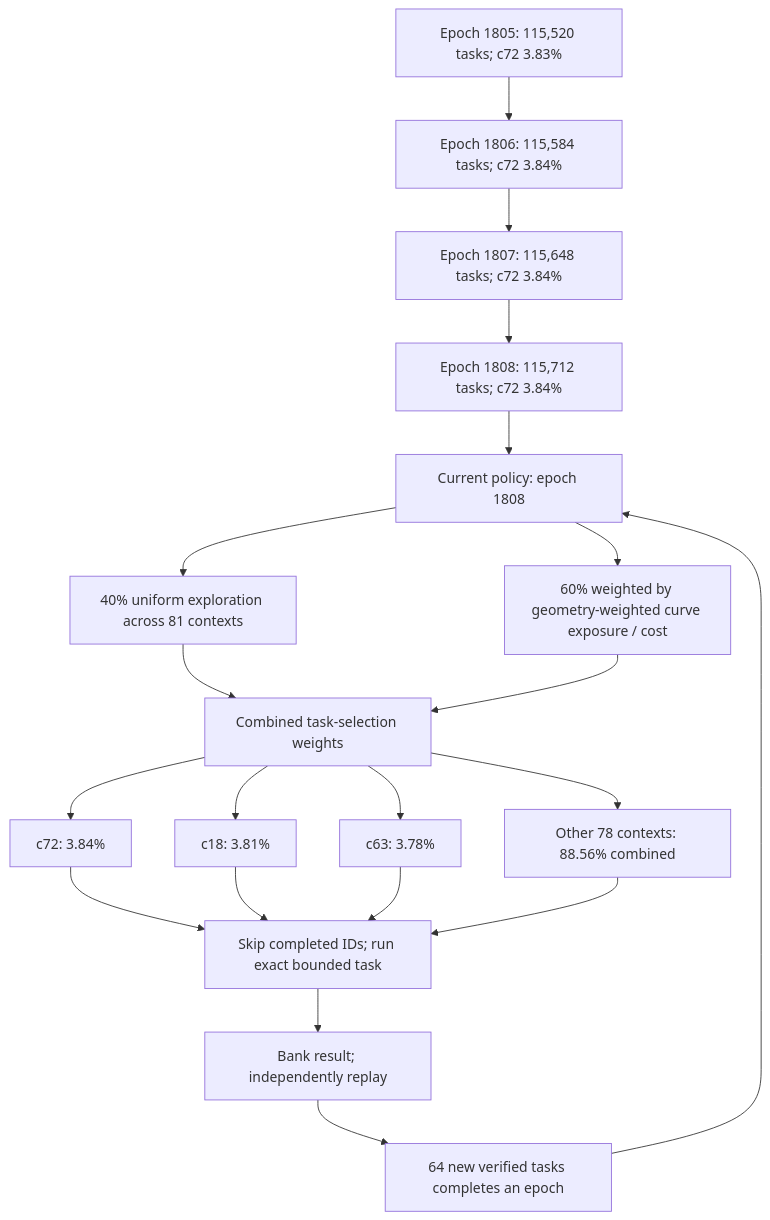
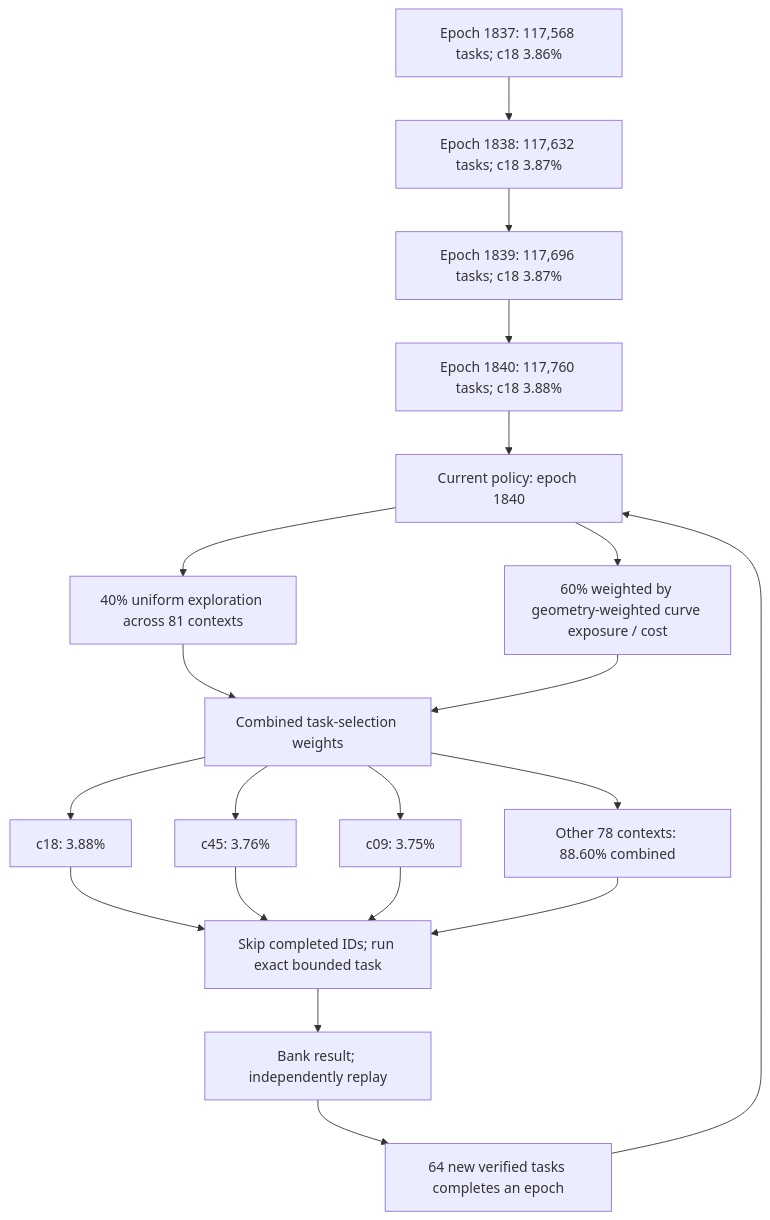
Before and after one commit to Kuberwastaken/math-gambling: the first of 3 diagrams in README.md, drawn with Mermaid. The commit also changed other lines of this file and 4064 other files, not shown here.

````diff
--- a/README.md
+++ b/README.md
@@ -56,27 +56,27 @@
 ```mermaid
 flowchart TD
-    H0["Epoch 1805: 115,520 tasks; c72 3.83%"]
-    H1["Epoch 1806: 115,584 tasks; c72 3.84%"]
+    H0["Epoch 1837: 117,568 tasks; c18 3.86%"]
+    H1["Epoch 1838: 117,632 tasks; c18 3.87%"]
     H0 --> H1
-    H2["Epoch 1807: 115,648 tasks; c72 3.84%"]
+    H2["Epoch 1839: 117,696 tasks; c18 3.87%"]
     H1 --> H2
-    H3["Epoch 1808: 115,712 tasks; c72 3.84%"]
+    H3["Epoch 1840: 117,760 tasks; c18 3.88%"]
     H2 --> H3
-    Policy["Current policy: epoch 1808"]
+    Policy["Current policy: epoch 1840"]
     H3 --> Policy
     Policy --> Explore["40% uniform exploration across 81 contexts"]
     Policy --> Cost["60% weighted by geometry-weighted curve exposure / cost"]
     Explore --> Mix["Combined task-selection weights"]
     Cost --> Mix
-    Mix --> C0["c72: 3.84%"]
-    Mix --> C1["c18: 3.81%"]
-    Mix --> C2["c63: 3.78%"]
-    Mix --> Rest["Other 78 contexts: 88.56% combined"]
+    Mix --> C0["c18: 3.88%"]
+    Mix --> C1["c45: 3.76%"]
+    Mix --> C2["c09: 3.75%"]
+    Mix --> Rest["Other 78 contexts: 88.60% combined"]
     C0 --> Check["Skip completed IDs; run exact bounded task"]
     C1 --> Check
     C2 --> Check
     Rest --> Check
     Check --> Replay["Bank result; independently replay"]
     Replay --> Gate["64 new verified tasks completes an epoch"]
     Gate --> Policy
 ```
````
